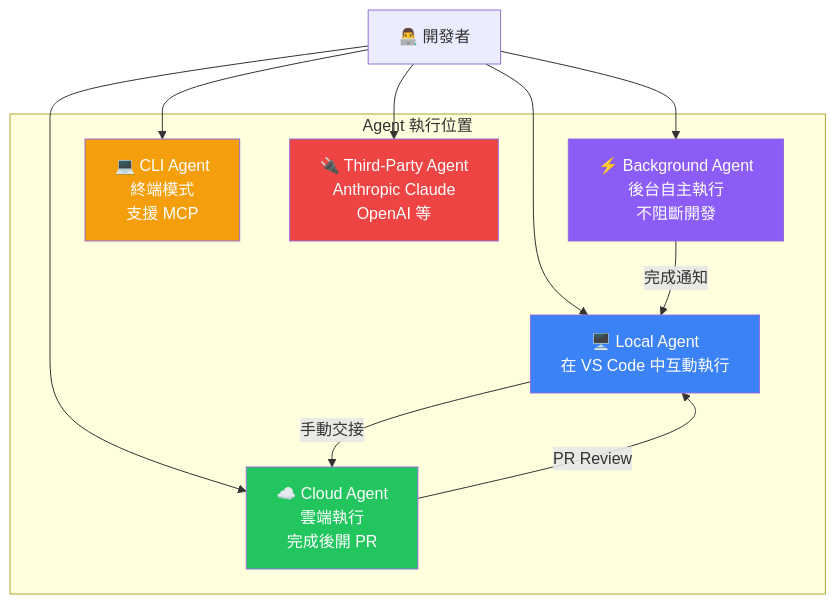
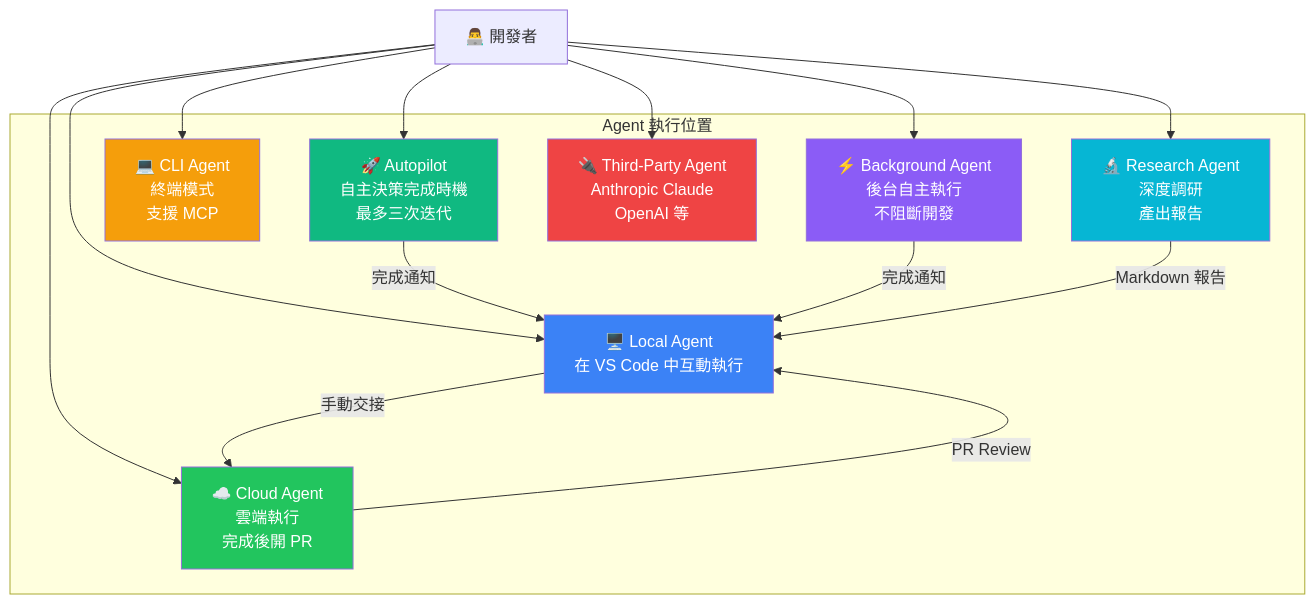
The third of 23 diagrams in content/posts/教學/AI開發/VS Code + GitHub Copilot 開發 Java Web 應用程式教學手冊.md (chihhung/Blog), drawn with Mermaid before and after one commit. The commit also changed other lines of this file and 22 other files, not shown here.

````diff
--- a/content/posts/教學/AI開發/VS Code + GitHub Copilot 開發 Java Web 應用程式教學手冊.md
+++ b/content/posts/教學/AI開發/VS Code + GitHub Copilot 開發 Java Web 應用程式教學手冊.md
@@ -152,26 +158,34 @@
 ```mermaid
 flowchart TB
     subgraph "Agent 執行位置"
         LOCAL[🖥️ Local Agent<br/>在 VS Code 中互動執行]
+        AUTO[🚀 Autopilot<br/>自主決策完成時機<br/>最多三次迭代]
         BG[⚡ Background Agent<br/>後台自主執行<br/>不阻斷開發]
         CLOUD[☁️ Cloud Agent<br/>雲端執行<br/>完成後開 PR]
         CLI[💻 CLI Agent<br/>終端模式<br/>支援 MCP]
+        RESEARCH[🔬 Research Agent<br/>深度調研<br/>產出報告]
         THIRD[🔌 Third-Party Agent<br/>Anthropic Claude<br/>OpenAI 等]
     end
     
     USER[👨‍💻 開發者] --> LOCAL
+    USER --> AUTO
     USER --> BG
     USER --> CLOUD
     USER --> CLI
+    USER --> RESEARCH
     USER --> THIRD
     
     LOCAL -->|手動交接| CLOUD
+    AUTO -->|完成通知| LOCAL
     BG -->|完成通知| LOCAL
     CLOUD -->|PR Review| LOCAL
+    RESEARCH -->|Markdown 報告| LOCAL
     
     style LOCAL fill:#3b82f6,color:#fff
+    style AUTO fill:#10b981,color:#fff
     style BG fill:#8b5cf6,color:#fff
     style CLOUD fill:#22c55e,color:#fff
     style CLI fill:#f59e0b,color:#fff
+    style RESEARCH fill:#06b6d4,color:#fff
     style THIRD fill:#ef4444,color:#fff
 ```
````
